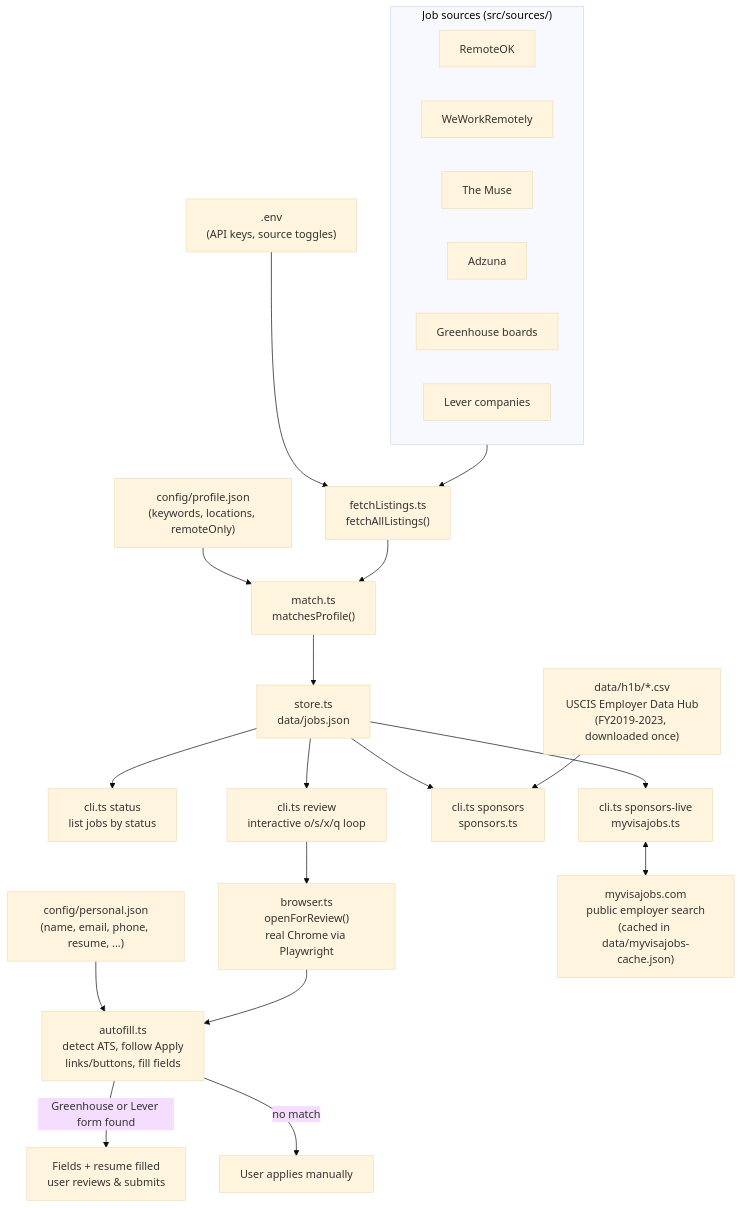
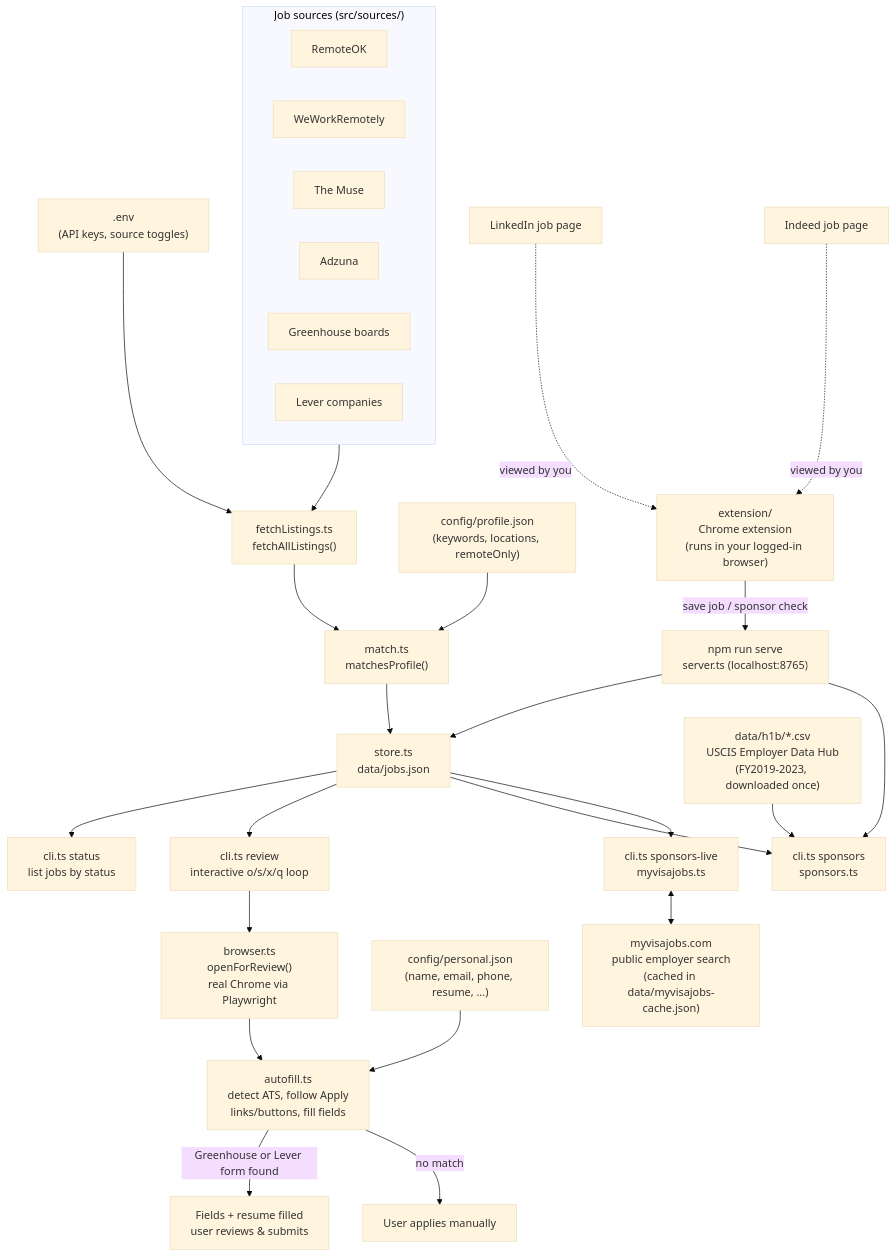
Before and after one commit to manojchandrak/job-agent: the diagram in README.md, drawn with Mermaid (base theme). The commit also changed other lines of this file and 10 other files, not shown here.

First line of the commit message:
Add LinkedIn/Indeed companion Chrome extension + local bridge server

````diff
--- a/README.md
+++ b/README.md
@@ -12,32 +12,38 @@
 ```mermaid
 flowchart TD
     subgraph Sources["Job sources (src/sources/)"]
         RO[RemoteOK]
         WWR[WeWorkRemotely]
         MU[The Muse]
         AD[Adzuna]
         GH[Greenhouse boards]
         LV[Lever companies]
     end
 
     ENV[".env\n(API keys, source toggles)"] --> FETCH
     Sources --> FETCH["fetchListings.ts\nfetchAllListings()"]
     PROFILE["config/profile.json\n(keywords, locations, remoteOnly)"] --> MATCH
     FETCH --> MATCH["match.ts\nmatchesProfile()"]
     MATCH --> STORE["store.ts\ndata/jobs.json"]
 
     STORE --> STATUS["cli.ts status\nlist jobs by status"]
     STORE --> REVIEW["cli.ts review\ninteractive o/s/x/q loop"]
 
     REVIEW --> BROWSER["browser.ts\nopenForReview()\nreal Chrome via Playwright"]
     PERSONAL["config/personal.json\n(name, email, phone, resume, ...)"] --> AUTOFILL
     BROWSER --> AUTOFILL["autofill.ts\ndetect ATS, follow Apply\nlinks/buttons, fill fields"]
     AUTOFILL -->|Greenhouse or Lever form found| FILL[Fields + resume filled\nuser reviews & submits]
     AUTOFILL -->|no match| MANUAL[User applies manually]
 
     STORE --> SPONSORS["cli.ts sponsors\nsponsors.ts"]
     H1B["data/h1b/*.csv\nUSCIS Employer Data Hub\n(FY2019-2023, downloaded once)"] --> SPONSORS
 
     STORE --> SPONSORSLIVE["cli.ts sponsors-live\nmyvisajobs.ts"]
     SPONSORSLIVE <--> MVJ["myvisajobs.com\npublic employer search\n(cached in data/myvisajobs-cache.json)"]
+
+    SERVER["npm run serve\nserver.ts (localhost:8765)"] --> STORE
+    SERVER --> SPONSORS
+    EXT["extension/\nChrome extension\n(runs in your logged-in browser)"] -->|save job / sponsor check| SERVER
+    LI[LinkedIn job page] -.viewed by you.-> EXT
+    IN[Indeed job page] -.viewed by you.-> EXT
 ```
````
